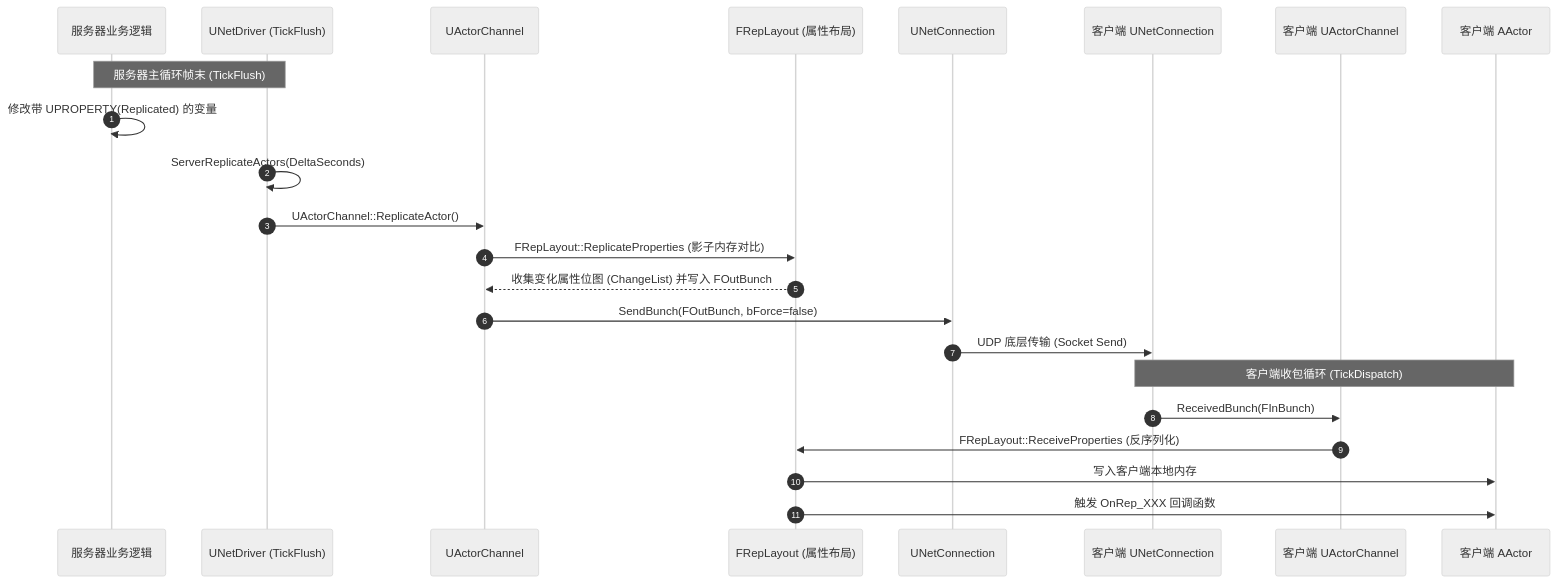
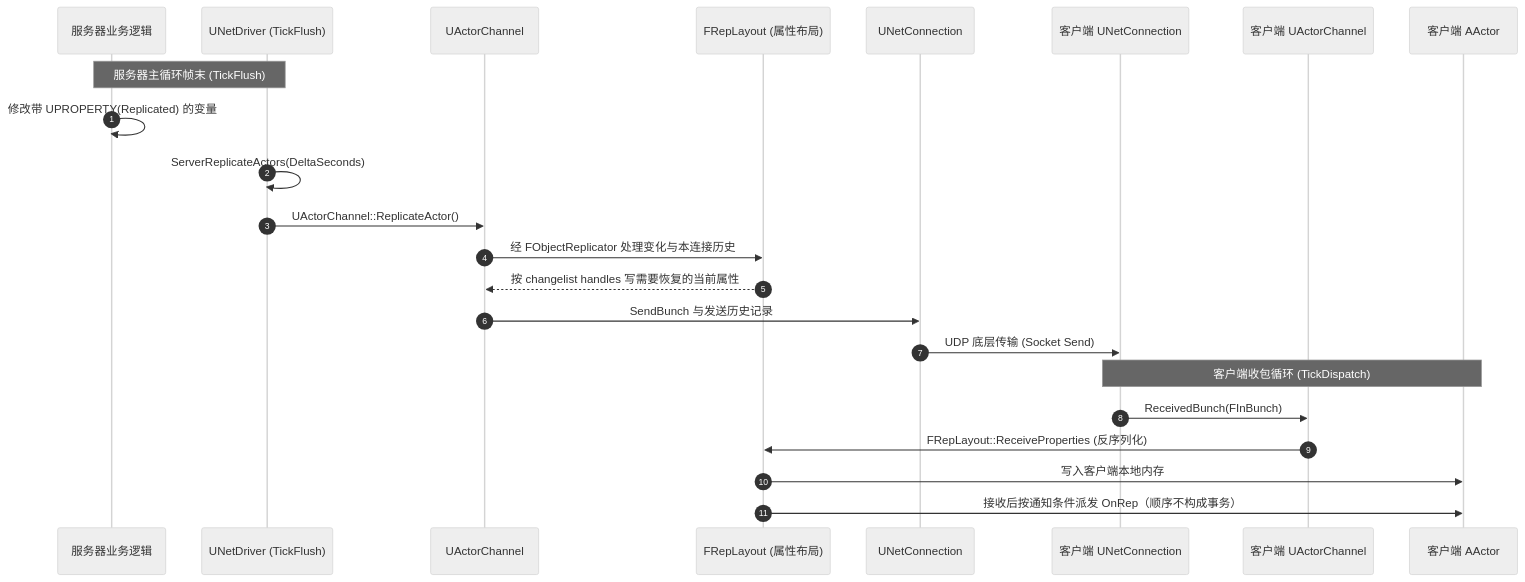
The first of 2 diagrams in 知识/07-网络与游戏服务端/状态复制与兴趣管理/09-网络复制与RPC源码.md (fantuan812/learning), drawn with Mermaid (neutral theme) before and after one commit. The commit also changed other lines of this file and 3 other files, not shown here.

````diff
--- a/知识/07-网络与游戏服务端/状态复制与兴趣管理/09-网络复制与RPC源码.md
+++ b/知识/07-网络与游戏服务端/状态复制与兴趣管理/09-网络复制与RPC源码.md
@@ -50,27 +54,27 @@
 ```mermaid
 sequenceDiagram
     autonumber
     participant ServerGame as 服务器业务逻辑
     participant NetDriver as UNetDriver (TickFlush)
     participant ActorCh as UActorChannel
     participant RepLayout as FRepLayout (属性布局)
     participant NetConn as UNetConnection
     participant ClientConn as 客户端 UNetConnection
     participant ClientCh as 客户端 UActorChannel
     participant ClientActor as 客户端 AActor
 
     Note over ServerGame,NetDriver: 服务器主循环帧末 (TickFlush)
     ServerGame->>ServerGame: 修改带 UPROPERTY(Replicated) 的变量
     NetDriver->>NetDriver: ServerReplicateActors(DeltaSeconds)
     NetDriver->>ActorCh: UActorChannel::ReplicateActor()
-    ActorCh->>RepLayout: FRepLayout::ReplicateProperties (影子内存对比)
-    RepLayout-->>ActorCh: 收集变化属性位图 (ChangeList) 并写入 FOutBunch
-    ActorCh->>NetConn: SendBunch(FOutBunch, bForce=false)
+    ActorCh->>RepLayout: 经 FObjectReplicator 处理变化与本连接历史
+    RepLayout-->>ActorCh: 按 changelist handles 写需要恢复的当前属性
+    ActorCh->>NetConn: SendBunch 与发送历史记录
     NetConn->>ClientConn: UDP 底层传输 (Socket Send)
 
     Note over ClientConn,ClientActor: 客户端收包循环 (TickDispatch)
     ClientConn->>ClientCh: ReceivedBunch(FInBunch)
     ClientCh->>RepLayout: FRepLayout::ReceiveProperties (反序列化)
     RepLayout->>ClientActor: 写入客户端本地内存
-    RepLayout->>ClientActor: 触发 OnRep_XXX 回调函数
+    RepLayout->>ClientActor: 接收后按通知条件派发 OnRep（顺序不构成事务）
 ```
````
